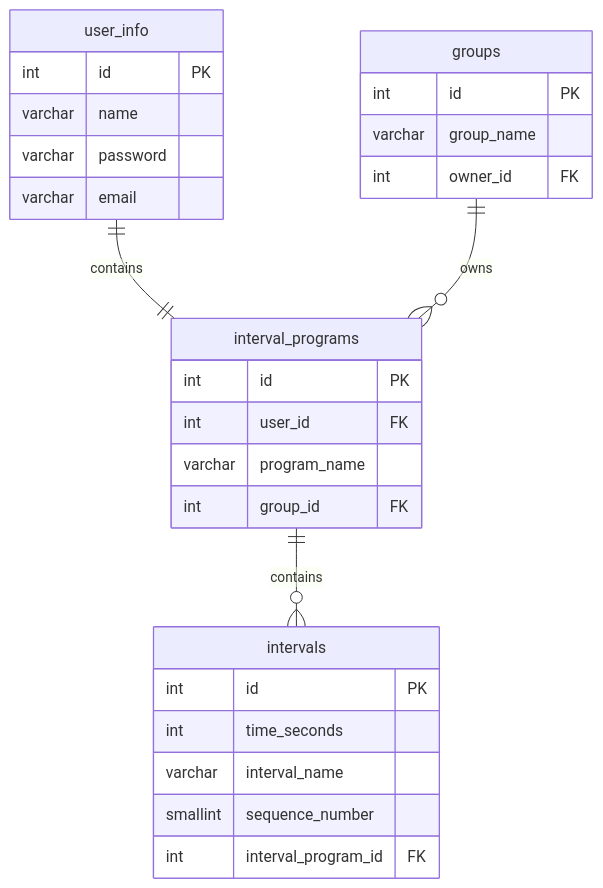
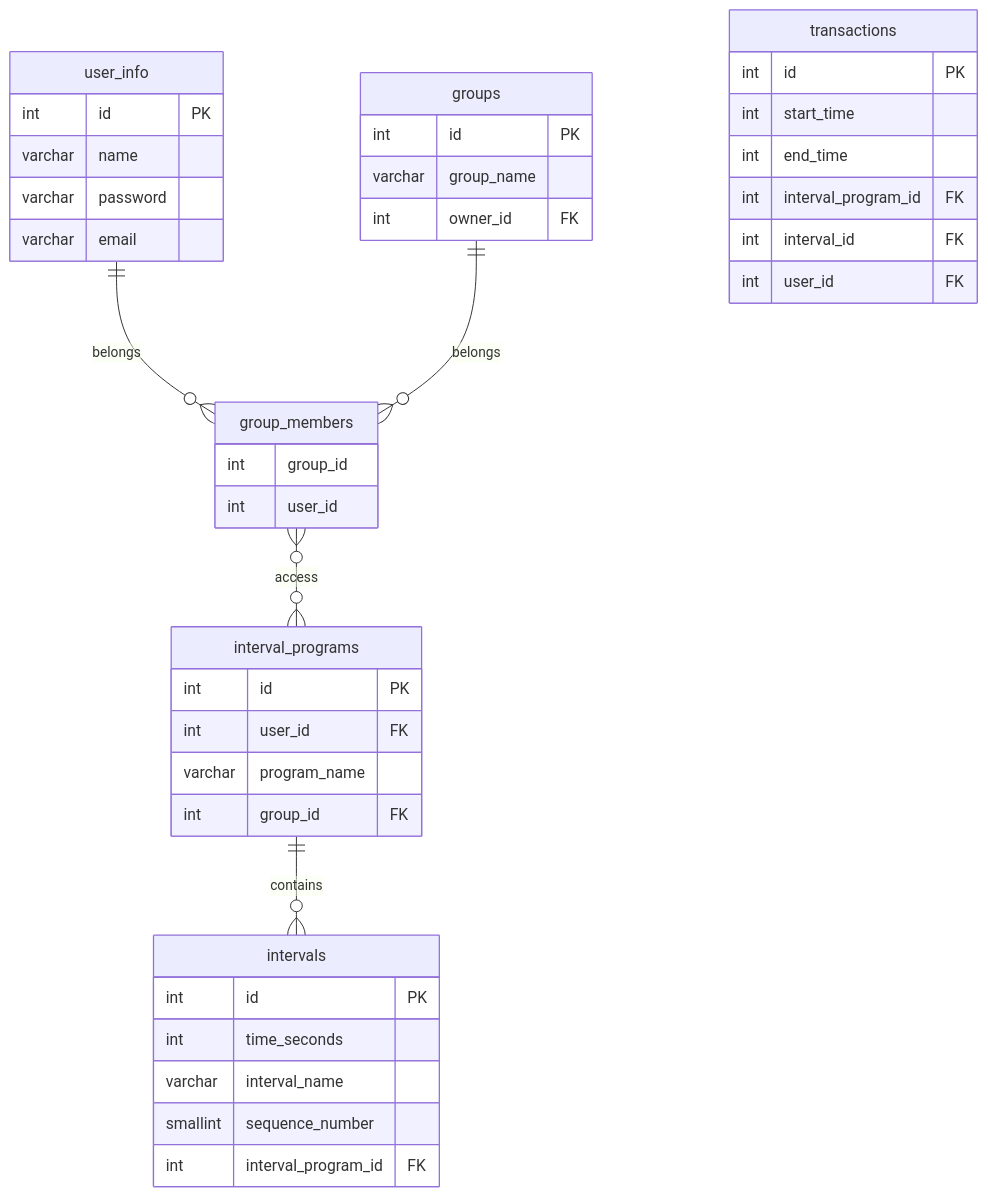
Before and after one commit to johnedisc/times_up: the diagram in README.md, drawn with Mermaid. The commit also changed 3 other files, not shown here.

````diff
--- a/README.md
+++ b/README.md
@@ -17,30 +17,43 @@
 ```mermaid
     erDiagram
-        user_info ||--|| interval_programs : contains
+        user_info ||--o{ group_members : belongs
         user_info {
             int id PK
             varchar name
             varchar password
             varchar email
         }
-        groups ||--o{ interval_programs : owns
+        group_members {
+            int group_id
+            int user_id
+        }
+        groups ||--o{ group_members : belongs
         groups {
             int id PK
             varchar group_name
             int owner_id FK
         }
+        group_members }o--o{ interval_programs : access
         interval_programs {
             int id PK
             int user_id FK
             varchar program_name
             int group_id FK
         }
         interval_programs ||--o{ intervals : contains
         intervals {
             int id PK
             int time_seconds
             varchar interval_name
             smallint sequence_number
             int interval_program_id FK
         }
+        transactions {
+            int id PK
+            int start_time
+            int end_time
+            int interval_program_id FK
+            int interval_id FK
+            int user_id FK
+        }
 ```
````
